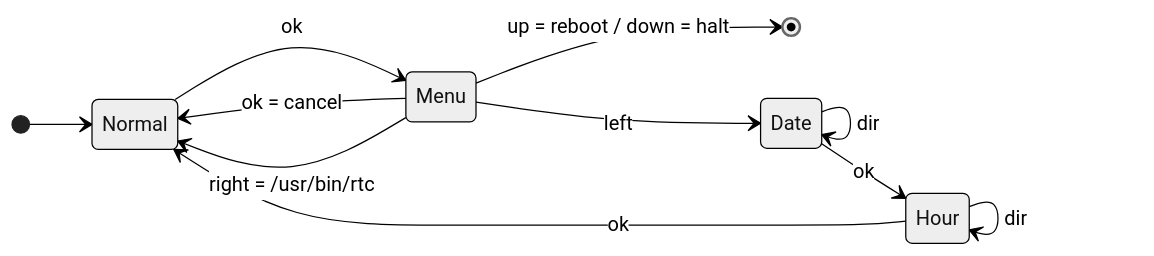
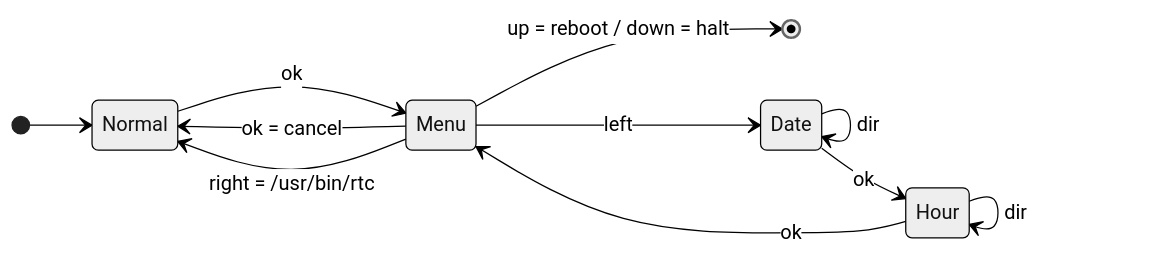
The second of 3 diagrams in cicd/mps/README.md (sbeaugrand/debinst), drawn with Mermaid (neutral theme) before and after one commit. The commit also changed 6 other files, not shown here.

````diff
--- a/cicd/mps/README.md
+++ b/cicd/mps/README.md
@@ -146,14 +146,14 @@
 ```mermaid
 stateDiagram
     direction LR
     [*] --> Normal
     Normal --> Menu: ok
     Menu --> Normal: ok = cancel
     Menu --> Normal: right = /usr/bin/rtc
     Menu --> [*]: up = reboot / down = halt
     Menu --> Date: left
     Date --> Date: dir
     Date --> Hour: ok
     Hour --> Hour: dir
-    Hour --> Normal: ok
+    Hour --> Menu: ok
 ```
````
